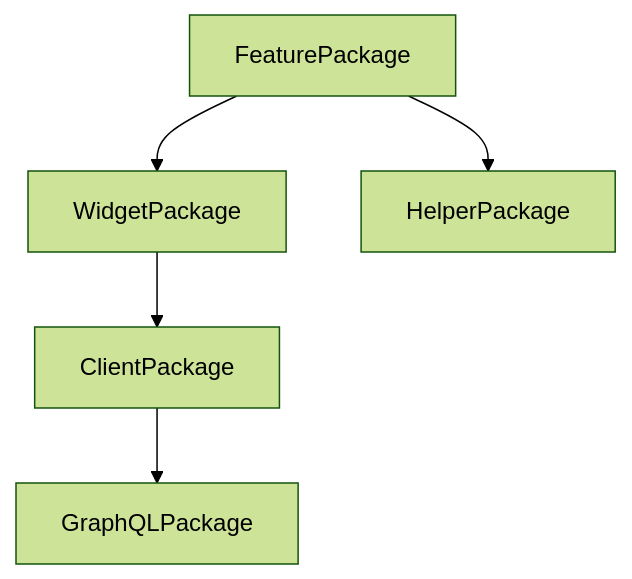
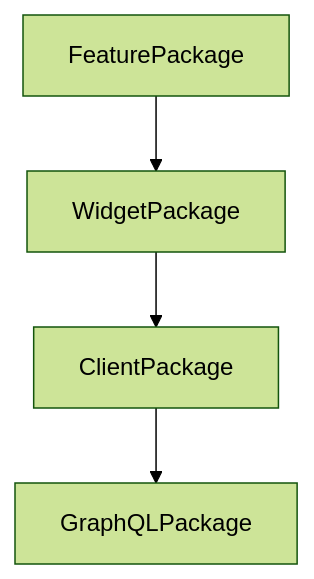
The diagram in Packages/README.md (caaaption/caaaption), drawn with Mermaid (forest theme) before and after one commit.

Commit message:
Remove HelperPackage from FeaturePackage

````diff
--- a/Packages/README.md
+++ b/Packages/README.md
@@ -1,7 +1,6 @@
 ```mermaid
 graph TD;
     FeaturePackage-->WidgetPackage;
-    FeaturePackage-->HelperPackage;
     WidgetPackage-->ClientPackage;
     ClientPackage-->GraphQLPackage;
 ```
````
